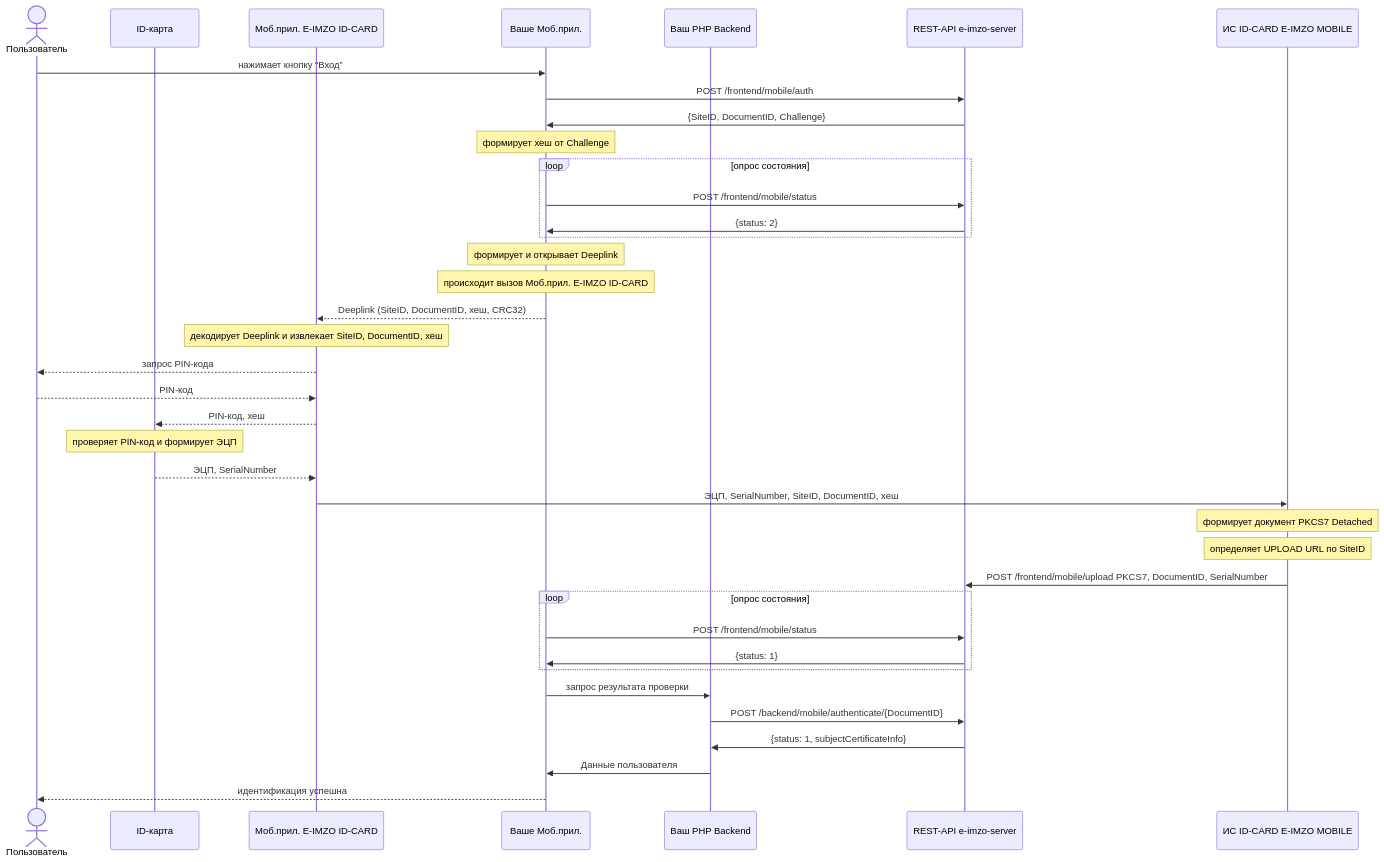
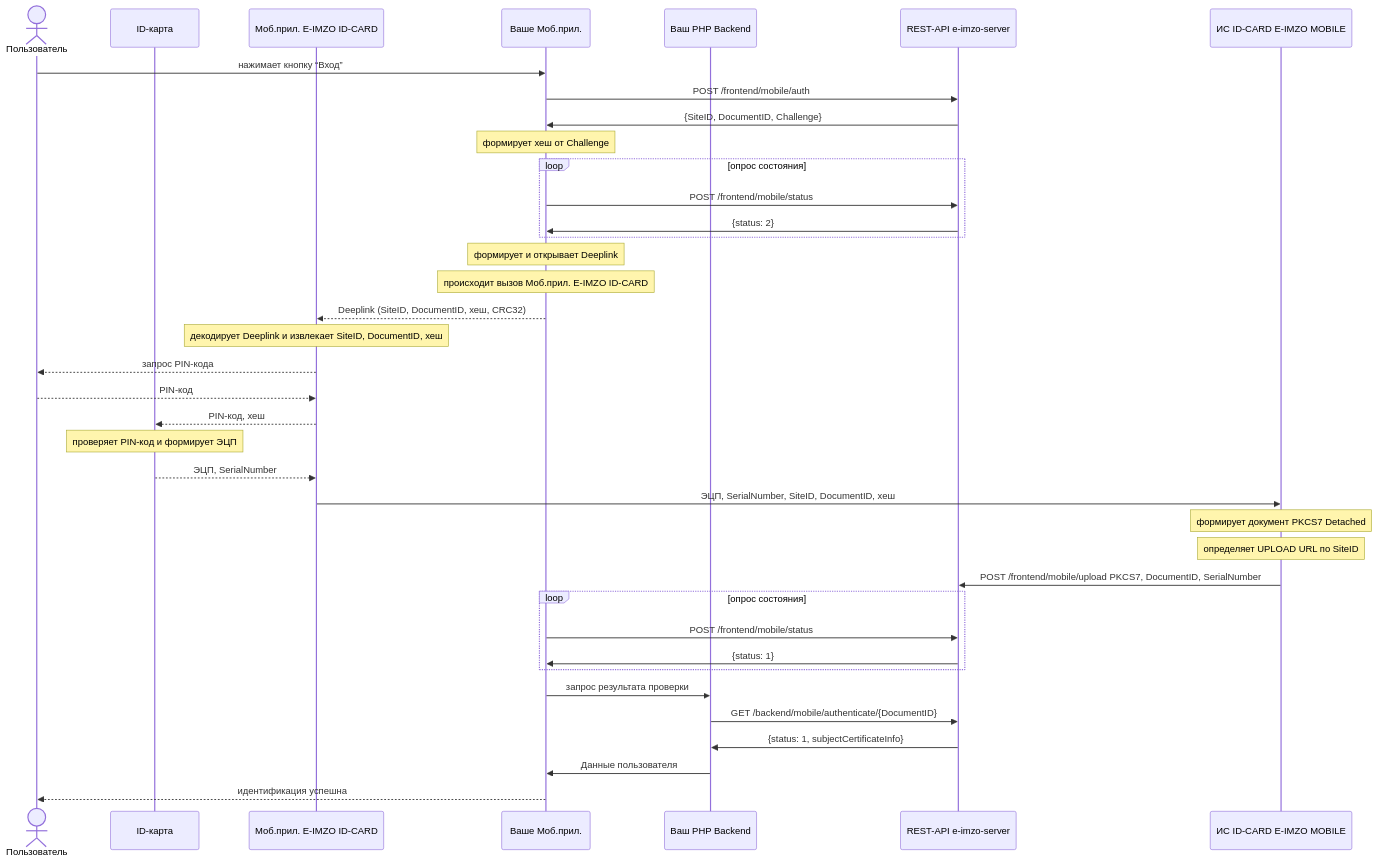
The third of 4 diagrams in README.md (qo0p/e-imzo-doc), drawn with Mermaid before and after one commit. The commit also changed other lines of this file, not shown here.

````diff
--- a/README.md
+++ b/README.md
@@ -915,42 +929,42 @@
 ```mermaid
 sequenceDiagram
   actor user as Пользователь
   participant idcard as ID-карта
   participant eimzo as Моб.прил. E-IMZO ID-CARD
   participant frontend as Ваше Моб.прил.
   participant backend as Ваш PHP Backend
   participant rest as REST-API e-imzo-server
   participant api as ИС ID-CARD E-IMZO MOBILE
   
   user ->> frontend: нажимает кнопку “Вход”
   frontend ->> rest: POST /frontend/mobile/auth
   rest ->> frontend: {SiteID, DocumentID, Challenge}
   Note over frontend: формирует хеш от Challenge
   loop опрос состояния
     frontend ->> rest: POST /frontend/mobile/status
     rest ->> frontend: {status: 2}
   end
   Note over frontend: формирует и открывает Deeplink
   Note over frontend: происходит вызов Моб.прил. E-IMZO ID-CARD
   frontend -->> eimzo: Deeplink (SiteID, DocumentID, хеш, CRC32)
   Note over eimzo: декодирует Deeplink и извлекает SiteID, DocumentID, хеш
   eimzo -->> user: запрос PIN-кода
   user -->> eimzo: PIN-код
   eimzo -->> idcard: PIN-код, хеш
   Note over idcard : проверяет PIN-код и формирует ЭЦП
   idcard -->> eimzo: ЭЦП, SerialNumber
   eimzo ->> api: ЭЦП, SerialNumber, SiteID, DocumentID, хеш
   Note over api: формирует документ PKCS7 Detached
   Note over api: определяет UPLOAD URL по SiteID
   api ->> rest: POST /frontend/mobile/upload PKCS7, DocumentID, SerialNumber
   loop опрос состояния
     frontend ->> rest: POST /frontend/mobile/status
     rest ->> frontend: {status: 1}
   end
   frontend ->> backend: запрос результата проверки
-  backend ->> rest: POST /backend/mobile/authenticate/{DocumentID}
+  backend ->> rest: GET /backend/mobile/authenticate/{DocumentID}
   rest ->> backend: {status: 1, subjectCertificateInfo}
   backend ->> frontend: Данные пользователя
   frontend -->> user: идентификация успешна
 
 ```
````
